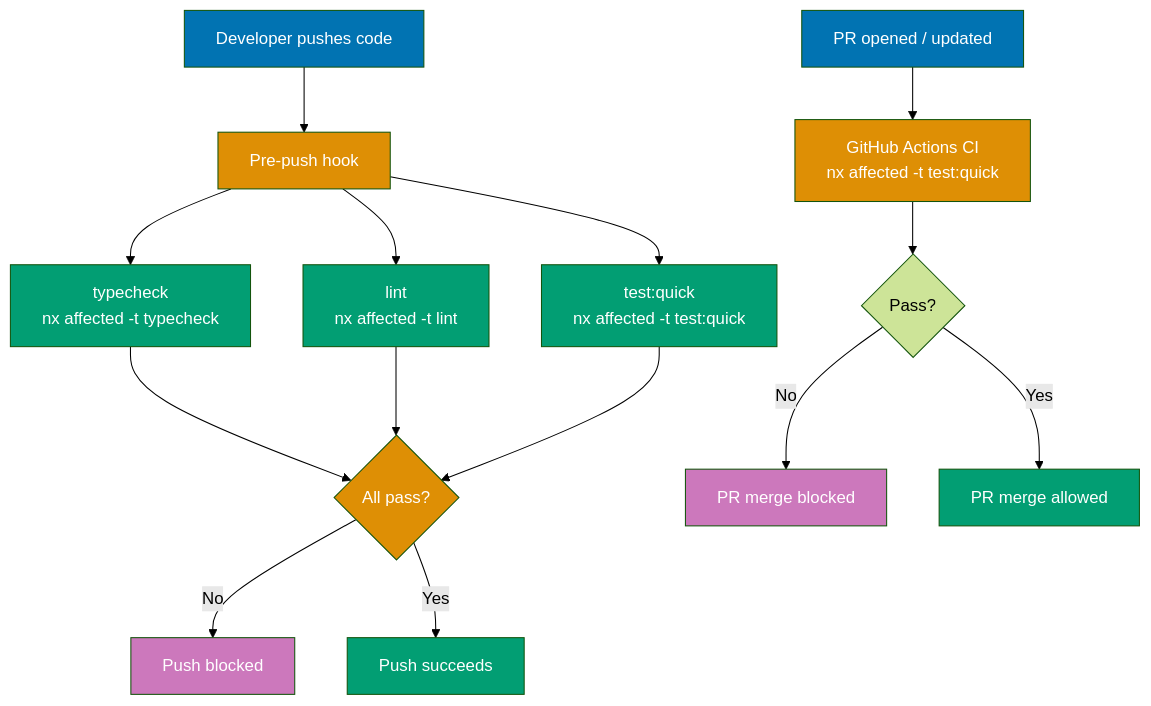
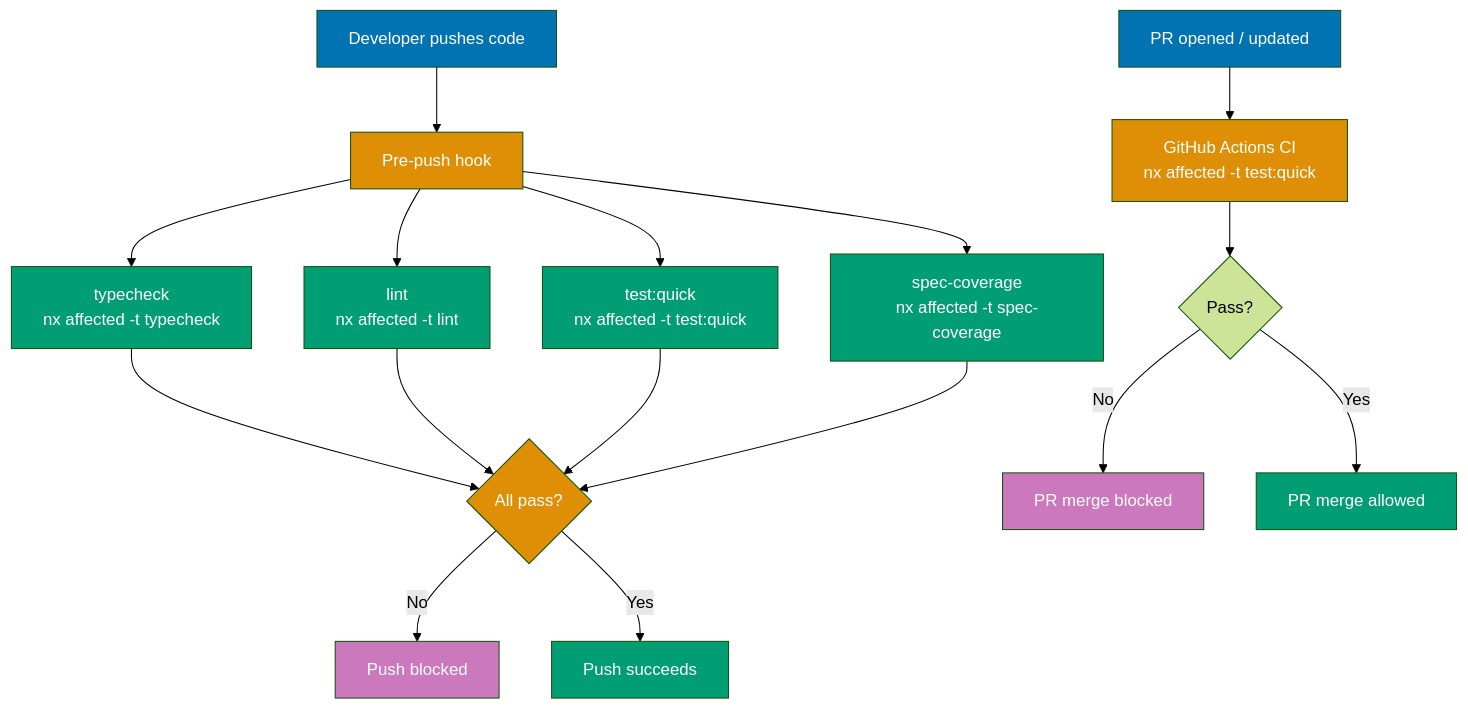
Before and after one commit to wahidyankf/open-sharia-enterprise: the first of 2 diagrams in governance/development/infra/nx-targets.md, drawn with Mermaid (forest theme). The commit also changed other lines of this file and 2 other files, not shown here.

First line of the commit message:
docs(governance): document spec-coverage enforcement in pre-push

````diff
--- a/governance/development/infra/nx-targets.md
+++ b/governance/development/infra/nx-targets.md
@@ -27,30 +27,33 @@
 ```mermaid
 flowchart TD
     A[Developer pushes code] --> B[Pre-push hook]
     B --> C["typecheck<br/>nx affected -t typecheck"]
     B --> D["lint<br/>nx affected -t lint"]
     B --> E["test:quick<br/>nx affected -t test:quick"]
+    B --> SC["spec-coverage<br/>nx affected -t spec-coverage"]
     C --> F{All pass?}
     D --> F
     E --> F
+    SC --> F
     F -- No --> G[Push blocked]
     F -- Yes --> H[Push succeeds]
 
     P[PR opened / updated] --> Q["GitHub Actions CI<br/>nx affected -t test:quick"]
     Q --> R{Pass?}
     R -- No --> S[PR merge blocked]
     R -- Yes --> T[PR merge allowed]
 
     style A fill:#0173B2,color:#fff
     style B fill:#DE8F05,color:#fff
     style C fill:#029E73,color:#fff
     style D fill:#029E73,color:#fff
     style E fill:#029E73,color:#fff
+    style SC fill:#029E73,color:#fff
     style F fill:#DE8F05,color:#fff
     style G fill:#CC78BC,color:#fff
     style H fill:#029E73,color:#fff
     style P fill:#0173B2,color:#fff
     style Q fill:#DE8F05,color:#fff
     style S fill:#CC78BC,color:#fff
     style T fill:#029E73,color:#fff
 ```
````
